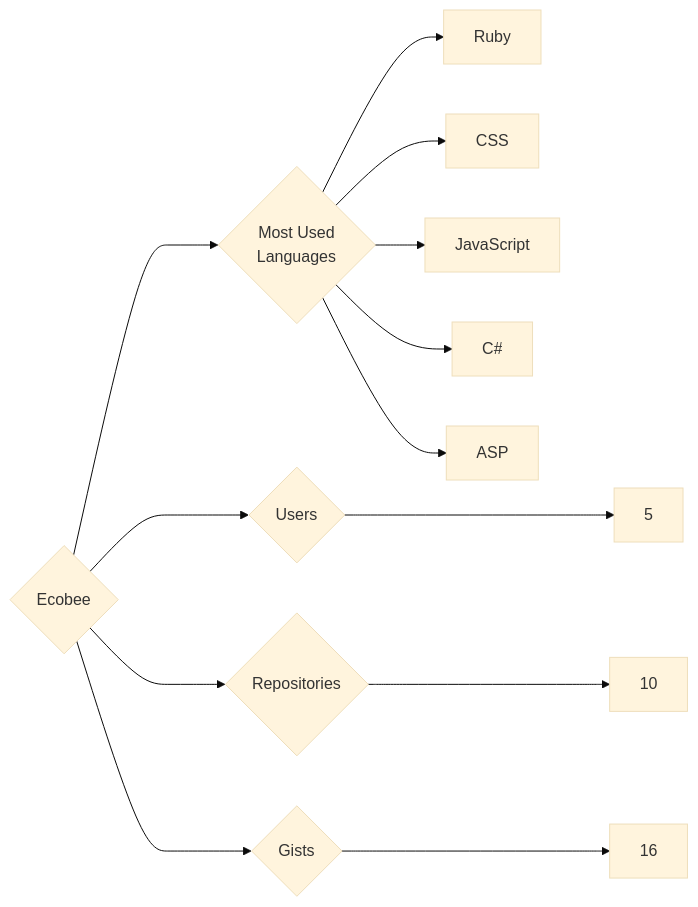
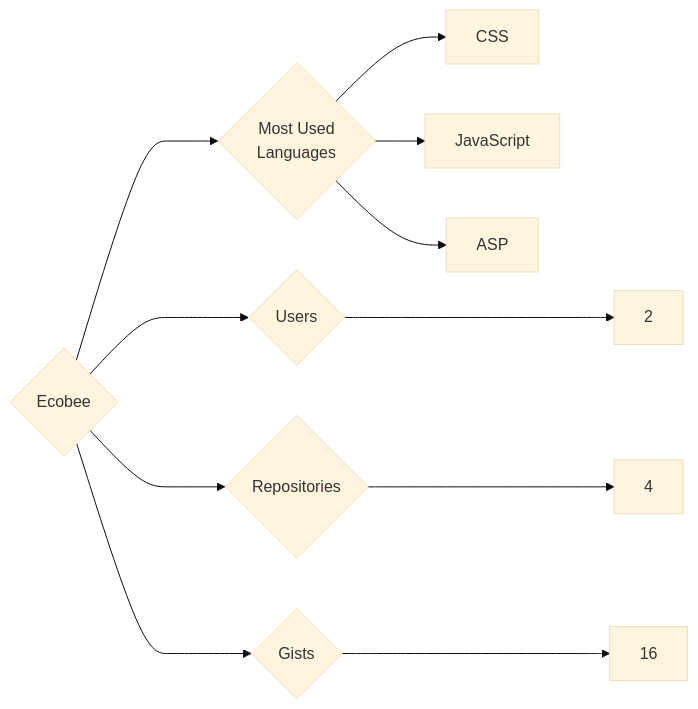
The diagram in targets/Ecobee/README.md (trickest/insiders), drawn with Mermaid (base theme) before and after one commit. The commit also changed 815 other files, not shown here.

````diff
--- a/targets/Ecobee/README.md
+++ b/targets/Ecobee/README.md
@@ -3,13 +3,11 @@
 ```mermaid
 graph LR
 COMPANY_NAME{Ecobee}
-COMPANY_NAME ---> U{Users} ---> UN[5]
-COMPANY_NAME ---> R{Repositories} ---> RN[10]
+COMPANY_NAME ---> U{Users} ---> UN[2]
+COMPANY_NAME ---> R{Repositories} ---> RN[4]
 COMPANY_NAME ---> G{Gists} ---> GN[16]
 COMPANY_NAME ---> ML{Most Used<br>Languages}
-ML --> Ruby[Ruby]
 ML --> CSS[CSS]
 ML --> JavaScript[JavaScript]
-ML --> C#[C#]
 ML --> ASP[ASP]
 ```
````
